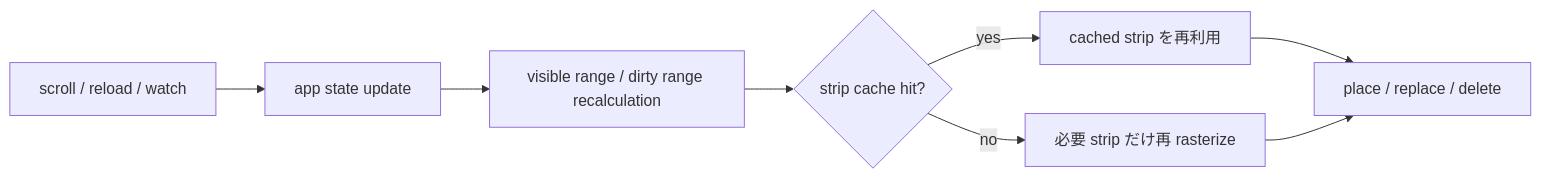
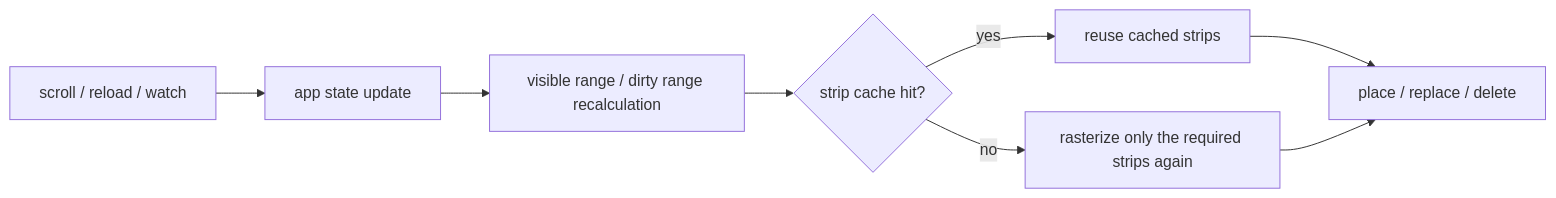
One commit to posaune0423/mdv changed the seventh of 9 diagrams in docs/plan/init.md. Above: the diagram before and after it, drawn with Mermaid. The commit also changed other lines of this file and 17 other files, not shown here.

````diff
--- a/docs/plan/init.md
+++ b/docs/plan/init.md
@@ -271,10 +271,10 @@
 ```mermaid
 flowchart LR
     EVENT["scroll / reload / watch"] --> APP["app state update"]
     APP --> CORE["visible range / dirty range recalculation"]
     CORE --> CACHE{"strip cache hit?"}
-    CACHE -- yes --> REUSE["cached strip を再利用"]
-    CACHE -- no --> RERENDER["必要 strip だけ再 rasterize"]
+    CACHE -- yes --> REUSE["reuse cached strips"]
+    CACHE -- no --> RERENDER["rasterize only the required strips again"]
     REUSE --> PRESENT["place / replace / delete"]
     RERENDER --> PRESENT
 ```
````
